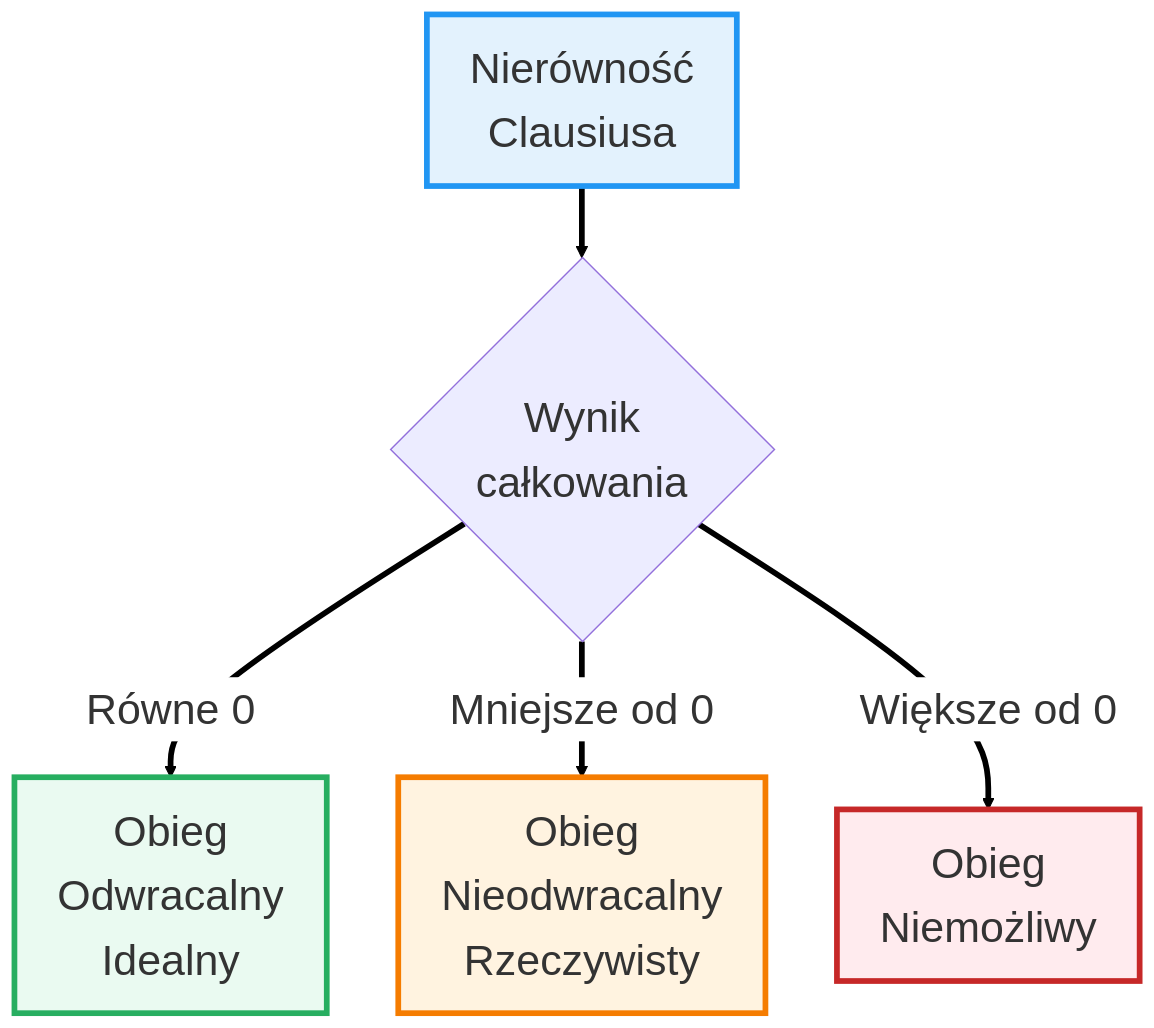
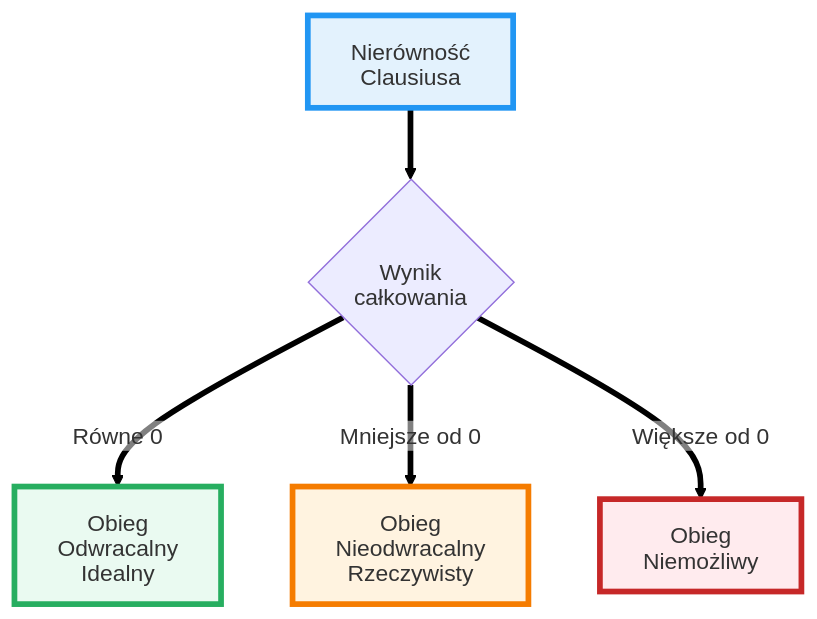
Before and after one commit to moondec/Termodynamika: the diagram in Wyklady/07_II_Zasada_2.qmd, drawn with Mermaid. The commit also changed other lines of this file and 84 other files, not shown here.

First line of the commit message:
Wykłady: diagramy mermaid bez ucinania i dopasowane do slajdów

````diff
--- a/Wyklady/07_II_Zasada_2.qmd
+++ b/Wyklady/07_II_Zasada_2.qmd
@@ -92,15 +92,15 @@
 ```{mermaid}
-%%{init: {'theme': 'default', 'flowchart': { 'useMaxWidth': false, 'htmlLabels': true }, 'themeVariables': { 'fontSize': '30px', 'fontFamily': 'sans-serif', 'primaryColor': '#ffffff', 'edgeLabelBackground':'#ffffff', 'tertiaryColor': '#fff0f0' }}}%%
+%%{init: {'theme': 'default', 'flowchart': {'htmlLabels': false, 'wrappingWidth': 400, 'subGraphTitleMargin': {'top': 6, 'bottom': 16}}, 'themeVariables': {'fontSize': '16px', 'fontFamily': 'Arial, Helvetica, sans-serif', 'primaryColor': '#ffffff', 'edgeLabelBackground': '#ffffff', 'tertiaryColor': '#fff0f0'}, 'htmlLabels': false}}%%
 graph TD
     A[Nierówność<br>Clausiusa] --> B{Wynik<br>całkowania}
     B -- "Równe 0" --> C[Obieg<br>Odwracalny<br>Idealny]
     B -- "Mniejsze od 0" --> D[Obieg<br>Nieodwracalny<br>Rzeczywisty]
     B -- "Większe od 0" --> E[Obieg<br>Niemożliwy]
 
     style A fill:#e3f2fd,stroke:#2196f3,stroke-width:4px
     style C fill:#eafaf1,stroke:#27ae60,stroke-width:4px
     style D fill:#fff3e0,stroke:#f57c00,stroke-width:4px
     style E fill:#ffebee,stroke:#c62828,stroke-width:4px
     
     linkStyle 0,1,2,3 stroke-width:4px,fill:none,stroke:black
 ```
````
